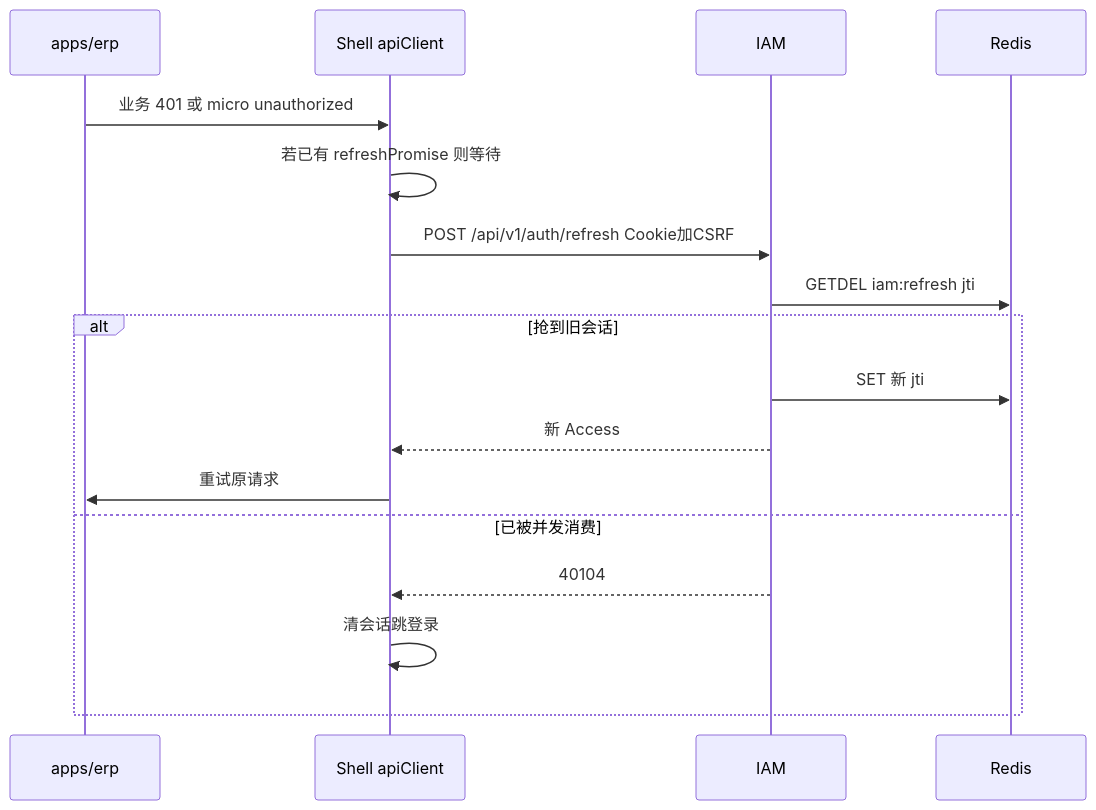
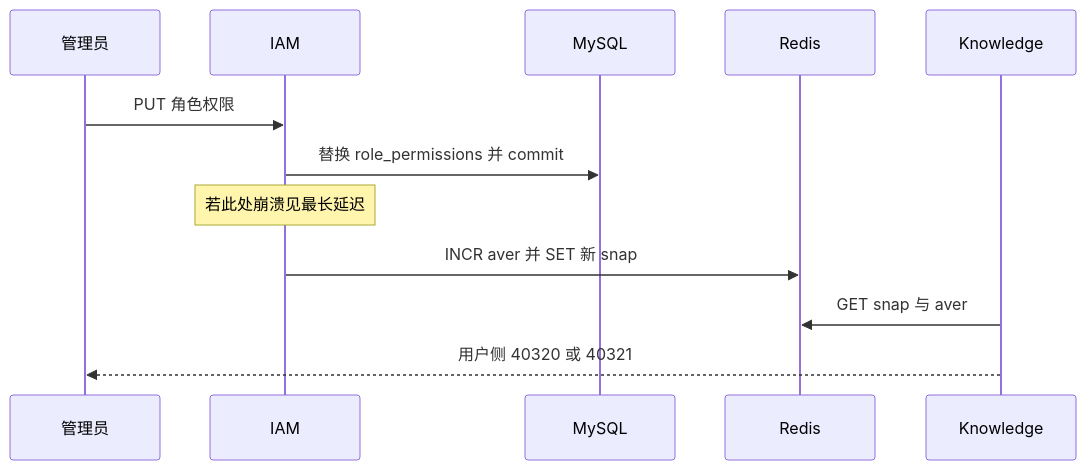
Before and after one commit to huochaigg/neorvion-erp: the fourth of 6 diagrams in docs/architecture/iam-authentication-authorization-guide.md, drawn with Mermaid. The commit also changed other lines of this file and 2 other files, not shown here.

Commit message:
docs(iam): Neorvion IAM V1 架构手册 深度完善和优化

````diff
--- a/docs/architecture/iam-authentication-authorization-guide.md
+++ b/docs/architecture/iam-authentication-authorization-guide.md
@@ -266,19 +286,14 @@
 ```mermaid
 sequenceDiagram
-  participant Erp as apps/erp
-  participant Shell as Shell apiClient
+  participant Admin as 管理员
   participant IAM as IAM
+  participant DB as MySQL
   participant Redis as Redis
-  Erp->>Shell: 业务 401 或 micro unauthorized
-  Shell->>Shell: 若已有 refreshPromise 则等待
-  Shell->>IAM: POST /api/v1/auth/refresh Cookie加CSRF
-  IAM->>Redis: GETDEL iam:refresh jti
-  alt 抢到旧会话
-    IAM->>Redis: SET 新 jti
-    IAM-->>Shell: 新 Access
-    Shell->>Erp: 重试原请求
-  else 已被并发消费
-    IAM-->>Shell: 40104
-    Shell->>Shell: 清会话跳登录
-  end
+  participant Know as Knowledge
+  Admin->>IAM: PUT 角色权限
+  IAM->>DB: 替换 role_permissions 并 commit
+  Note over IAM: 若此处崩溃见最长延迟
+  IAM->>Redis: INCR aver 并 SET 新 snap
+  Know->>Redis: GET snap 与 aver
+  Know-->>Admin: 用户侧 40320 或 40321
 ```
````
